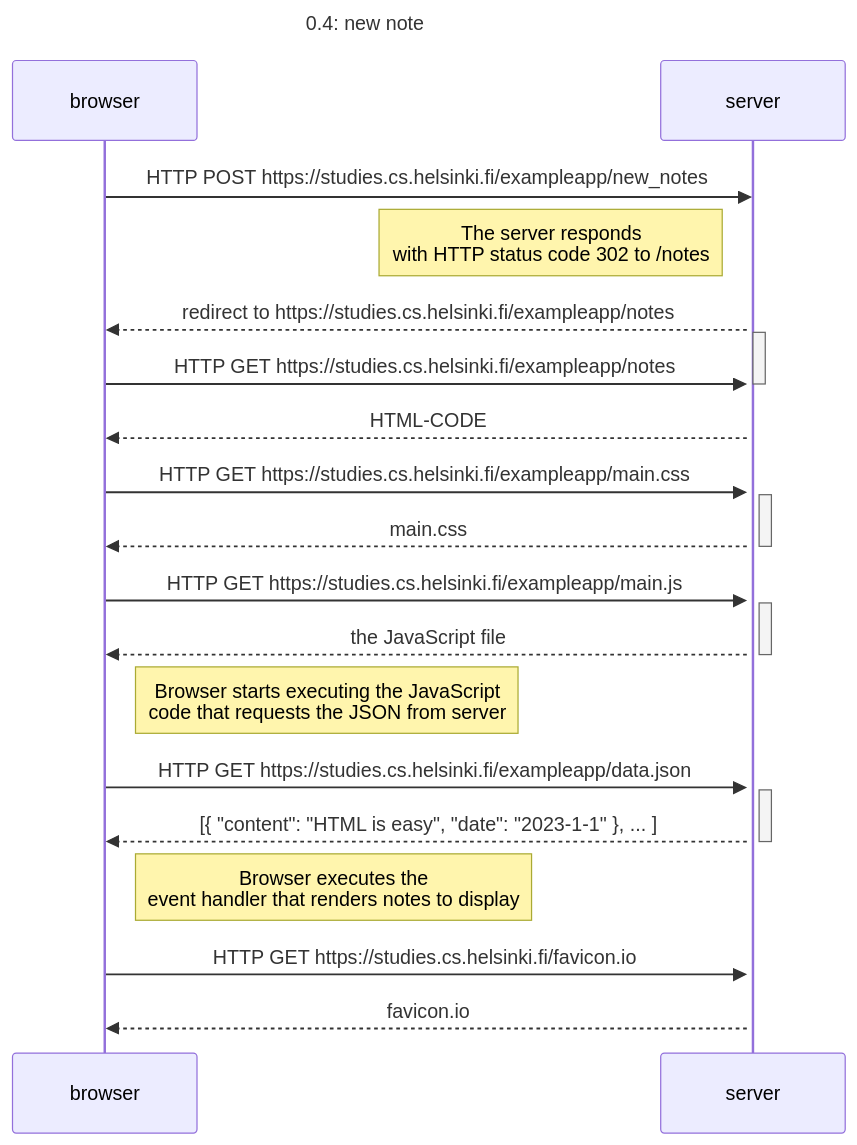
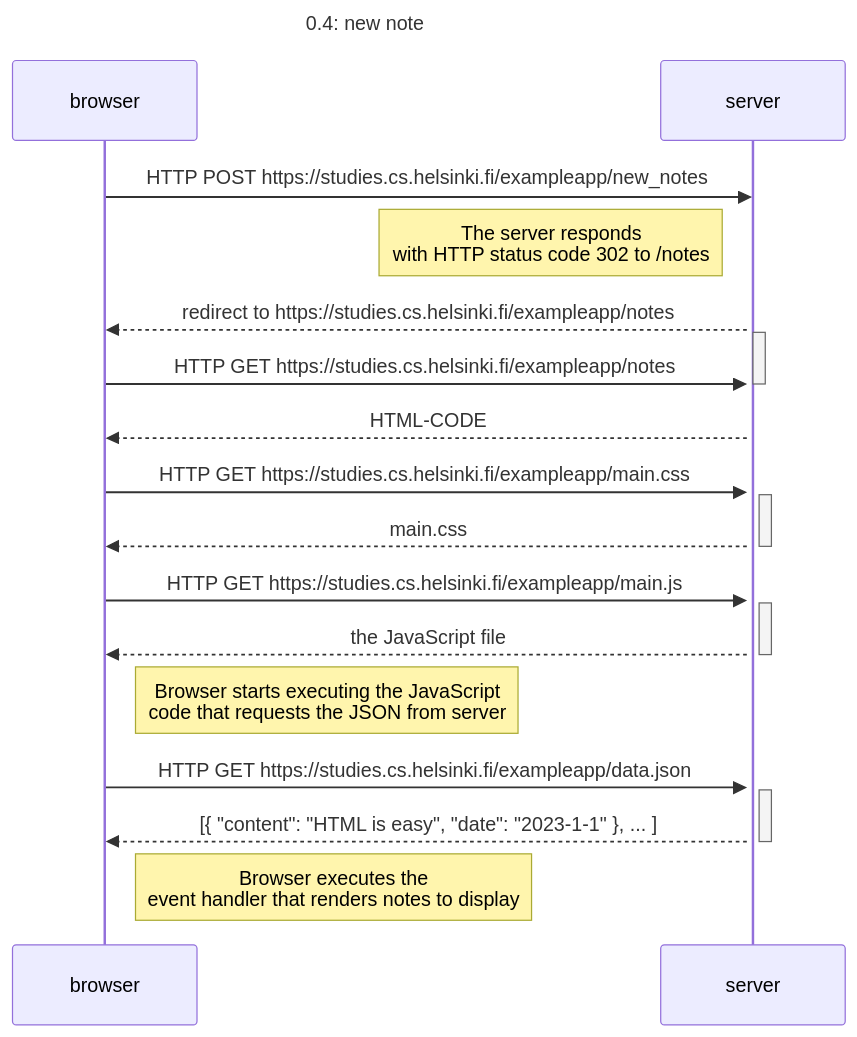
The diagram in part0/0.4.md (Leagian/Full-Stack-Open-Exercises), drawn with Mermaid before and after one commit. The commit also changed 1 other file, not shown here.

Commit message:
Updated part 0 and 1

````diff
--- a/part0/0.4.md
+++ b/part0/0.4.md
@@ -3,37 +3,34 @@
 ```mermaid
 sequenceDiagram
     Title: 0.4: new note
 
     browser->>server: HTTP POST https://studies.cs.helsinki.fi/exampleapp/new_notes
     activate server
     Note left of server: The server responds <br> with HTTP status code 302 to /notes
     server-->>browser: redirect to https://studies.cs.helsinki.fi/exampleapp/notes
     activate server
     browser->>server: HTTP GET https://studies.cs.helsinki.fi/exampleapp/notes
     deactivate server
 
     server-->>browser: HTML-CODE
     activate server
     browser->>server: HTTP GET https://studies.cs.helsinki.fi/exampleapp/main.css
     activate server
     server-->>browser: main.css
     deactivate server
 
     browser->>server: HTTP GET https://studies.cs.helsinki.fi/exampleapp/main.js
     activate server
     server-->>browser: the JavaScript file
     deactivate server
 
     Note right of browser: Browser starts executing the JavaScript <br> code that requests the JSON from server
 
     browser->>server: HTTP GET https://studies.cs.helsinki.fi/exampleapp/data.json
     activate server
     server-->>browser: [{ "content": "HTML is easy", "date": "2023-1-1" }, ... ]
     deactivate server
 
     Note right of browser: Browser executes the <br> event handler that renders notes to display
 
-    browser->>server: HTTP GET https://studies.cs.helsinki.fi/favicon.io
-    activate server
-    server-->>browser: favicon.io
 ```
````
